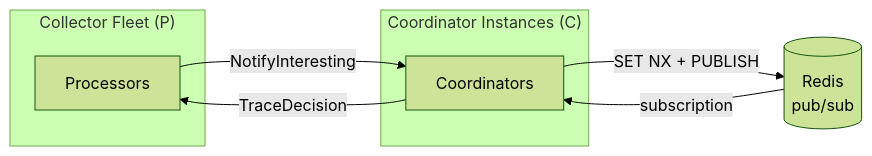
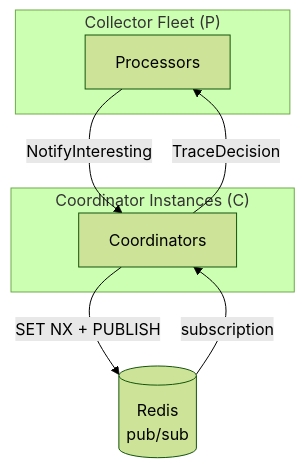
The first of 2 diagrams in PERFORMANCE.md (pitr/retroactivesampling), drawn with Mermaid (forest theme) before and after one commit. The commit also changed other lines of this file and 1 other file, not shown here.

Commit message:
better daisy chain diagram, more todo

````diff
--- a/PERFORMANCE.md
+++ b/PERFORMANCE.md
@@ -15,15 +15,15 @@
 ```mermaid
-flowchart LR
+flowchart TB
     subgraph fleet["Collector Fleet (P)"]
         P["Processors"]
     end
     subgraph coords["Coordinator Instances (C)"]
         CO["Coordinators"]
     end
     R[("Redis\npub/sub")]
 
     P -->|NotifyInteresting| CO
     CO -->|SET NX + PUBLISH| R
     R -->|subscription| CO
     CO -->|TraceDecision| P
 ```
````
